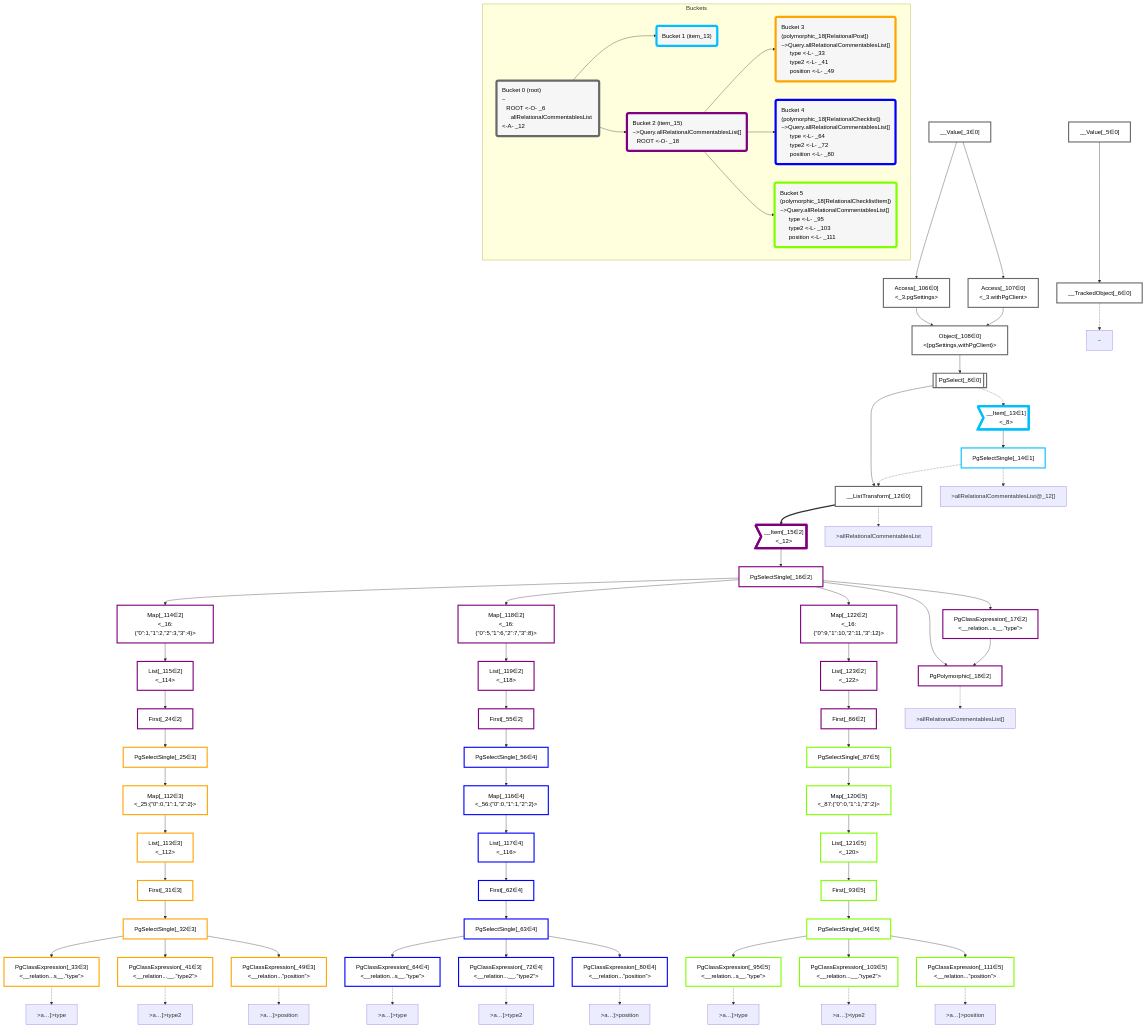
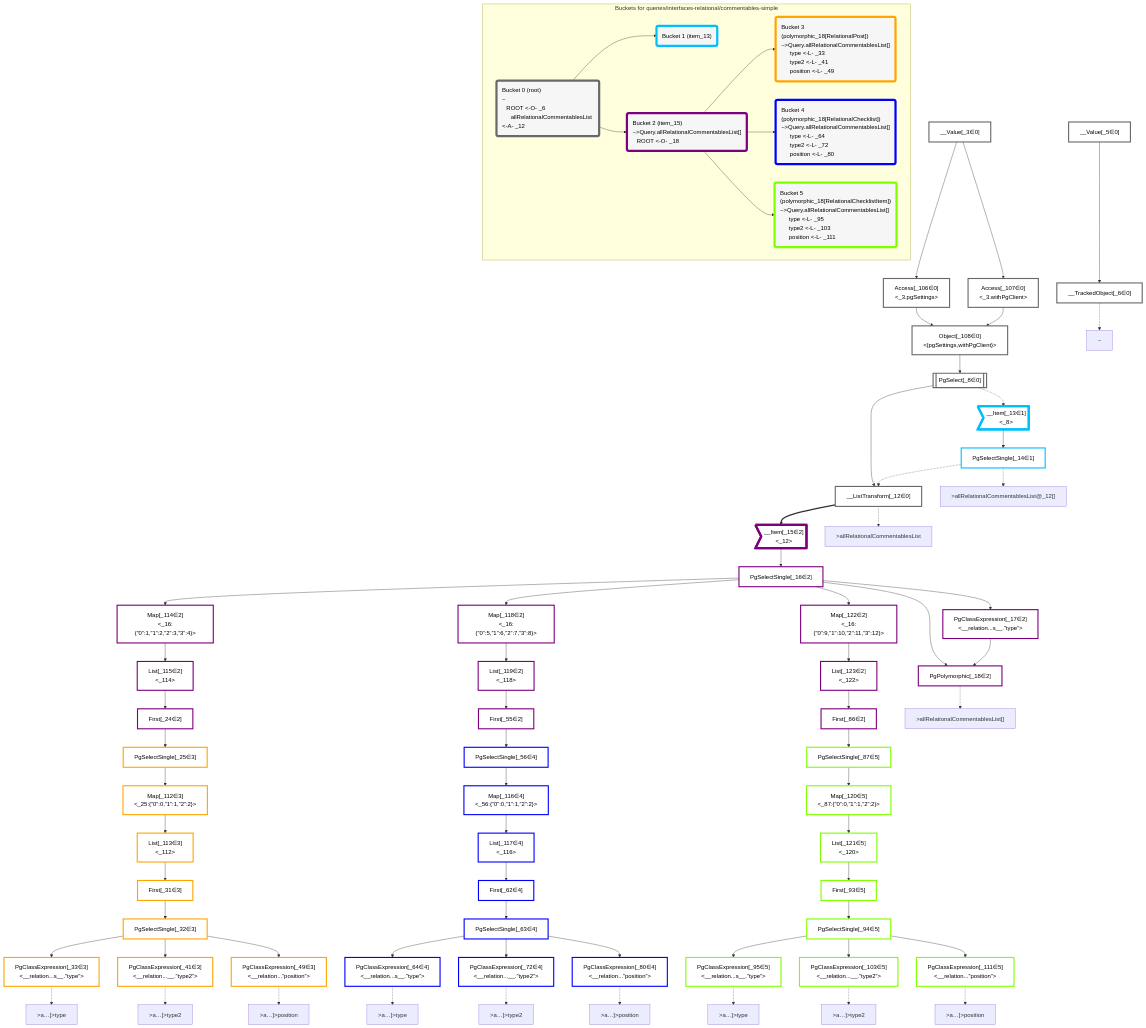
Before and after one commit to graphile/crystal: the diagram in packages/dataplan-pg/__tests__/queries/interfaces-relational/commentables-simple.mermaid.md, drawn with Mermaid. The commit also changed 195 other files, not shown here.

```diff
--- a/packages/dataplan-pg/__tests__/queries/interfaces-relational/commentables-simple.mermaid.md
+++ b/packages/dataplan-pg/__tests__/queries/interfaces-relational/commentables-simple.mermaid.md
@@ -148,7 +148,7 @@
     classDef bucket5 stroke:#7fff00
     class PgSelectSingle_87,First_93,PgSelectSingle_94,PgClassExpression_95,PgClassExpression_103,PgClassExpression_111,Map_120,List_121 bucket5
 
-    subgraph Buckets
+    subgraph "Buckets for queries/interfaces-relational/commentables-simple"
     Bucket0("Bucket 0 (root)<br />~<br />⠀ROOT <-O- _6<br />⠀⠀allRelationalCommentablesList <-A- _12"):::bucket
     style Bucket0 stroke:#696969
     Bucket1("Bucket 1 (item_13)"):::bucket
```
